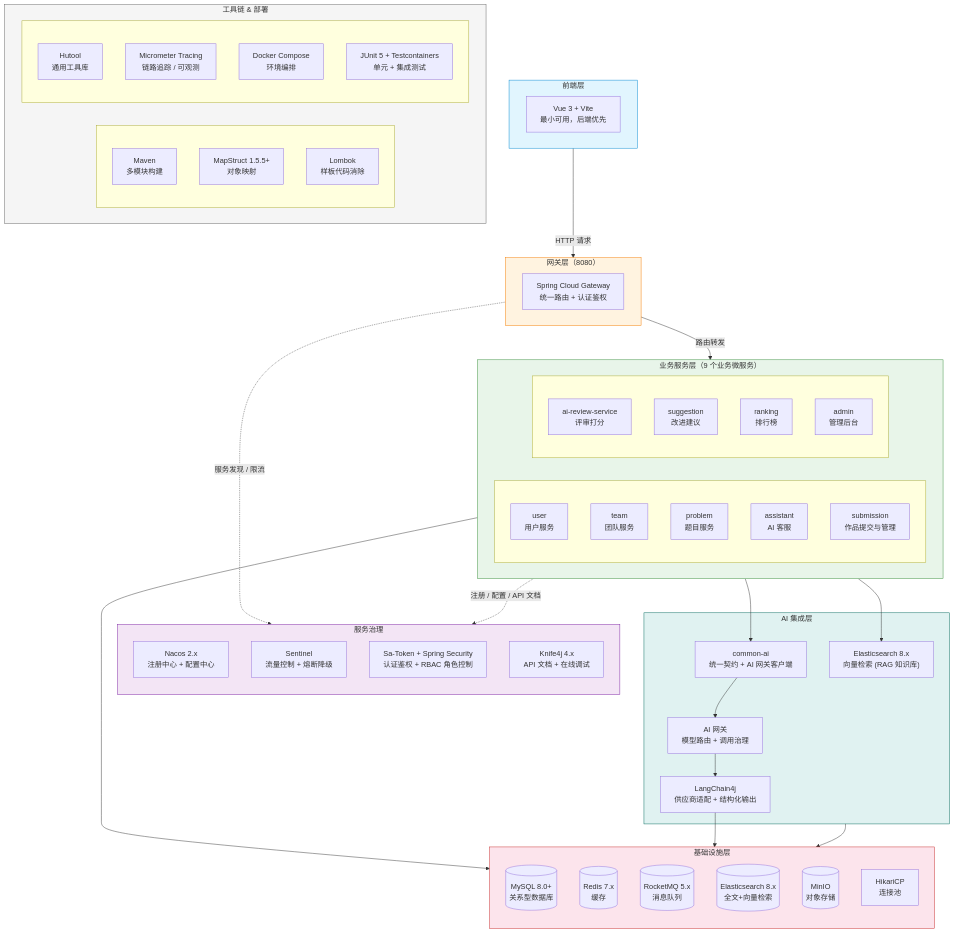
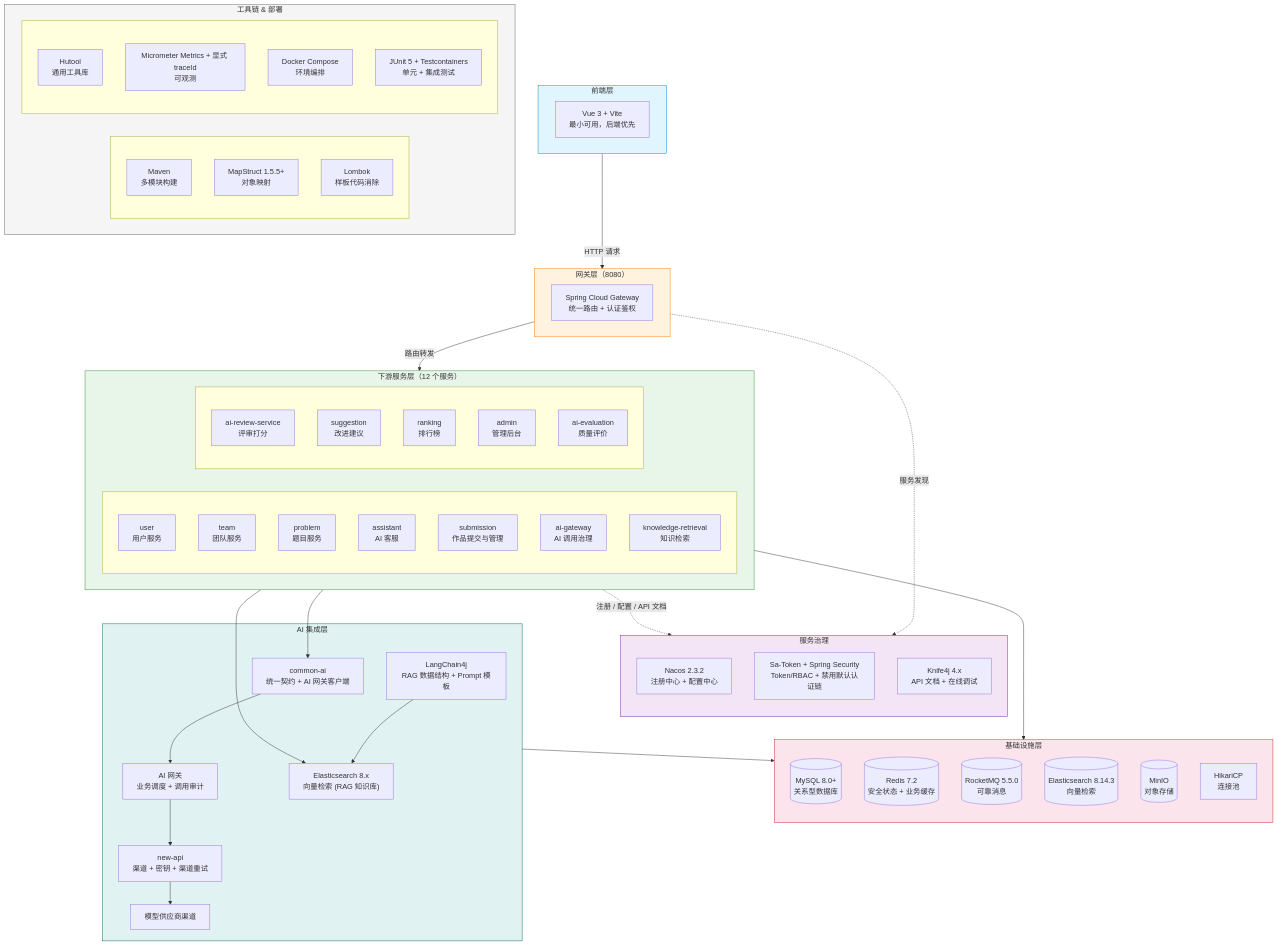
The diagram in docs/project/02-架构设计/技术栈选型.md (Dorian7Alden/LeetModel), drawn with Mermaid before and after one commit. The commit also changed other lines of this file and 31 other files, not shown here.

```diff
--- a/docs/project/02-架构设计/技术栈选型.md
+++ b/docs/project/02-架构设计/技术栈选型.md
@@ -19,13 +20,12 @@
 
     subgraph Governance["服务治理"]
         direction TB
-        NACOS["Nacos 2.x<br/>注册中心 + 配置中心"]
-        SENTINEL["Sentinel<br/>流量控制 + 熔断降级"]
-        AUTH["Sa-Token + Spring Security<br/>认证鉴权 + RBAC 角色控制"]
+        NACOS["Nacos 2.3.2<br/>注册中心 + 配置中心"]
+        AUTH["Sa-Token + Spring Security<br/>Token/RBAC + 禁用默认认证链"]
         DOCS["Knife4j 4.x<br/>API 文档 + 在线调试"]
     end
 
-    subgraph Services["业务服务层（9 个业务微服务）"]
+    subgraph Services["下游服务层（12 个服务）"]
         
         subgraph Services1["&nbsp;"]
             USER["user<br/>用户服务"]
@@ -33,6 +33,8 @@
             PROBLEM["problem<br/>题目服务"]
             ASSISTANT["assistant<br/>AI 客服"]
             SUBMISSION["submission<br/>作品提交与管理"]
+            AI_GATEWAY_SERVICE["ai-gateway<br/>AI 调用治理"]
+            RETRIEVAL["knowledge-retrieval<br/>知识检索"]
         end
         
         subgraph Services2["&nbsp;"]
@@ -40,6 +42,7 @@
             SUGGESTION["suggestion<br/>改进建议"]
             RANKING["ranking<br/>排行榜"]
             ADMIN["admin<br/>管理后台"]
+            EVALUATION["ai-evaluation<br/>质量评价"]
         end
 
     end
@@ -48,18 +51,20 @@
         direction TB
         
         MYSQL[("MySQL 8.0+<br/>关系型数据库")]
-        REDIS[("Redis 7.x<br/>缓存")]
-        MQ[("RocketMQ 5.x<br/>消息队列")]
+        REDIS[("Redis 7.2<br/>安全状态 + 业务缓存")]
+        MQ[("RocketMQ 5.5.0<br/>可靠消息")]
     
-        ES[("Elasticsearch 8.x<br/>全文+向量检索")]
+        ES[("Elasticsearch 8.14.3<br/>向量检索")]
         MINIO[("MinIO<br/>对象存储")]
         HIKARI["HikariCP<br/>连接池"]
     end
 
     subgraph AI["AI 集成层"]
         COMMON_AI["common-ai<br/>统一契约 + AI 网关客户端"]
-        AI_GATEWAY["AI 网关<br/>模型路由 + 调用治理"]
-        LC4J["LangChain4j<br/>供应商适配 + 结构化输出"]
+        AI_GATEWAY["AI 网关<br/>业务调度 + 调用审计"]
+        NEW_API["new-api<br/>渠道 + 密钥 + 渠道重试"]
+        PROVIDER["模型供应商渠道"]
+        LC4J["LangChain4j<br/>RAG 数据结构 + Prompt 模板"]
         ES_AI["Elasticsearch 8.x<br/>向量检索 (RAG 知识库)"]
     end
 
@@ -74,7 +79,7 @@
 
         subgraph Toolchain2["&nbsp;"]
             HUTOOL["Hutool<br/>通用工具库"]
-            MICROMETER["Micrometer Tracing<br/>链路追踪 / 可观测"]
+            MICROMETER["Micrometer Metrics + 显式 traceId<br/>可观测"]
             DOCKER["Docker Compose<br/>环境编排"]
             TEST["JUnit 5 + Testcontainers<br/>单元 + 集成测试"]
         end
@@ -83,13 +88,13 @@
 
     Frontend -->|HTTP 请求| Gateway
     Gateway -->|路由转发| Services
-    Gateway -.->|服务发现 / 限流| Governance
+    Gateway -.->|服务发现| Governance
     Services -.->|注册 / 配置 / API 文档| Governance
     Services --> Infra
     Services --> COMMON_AI
     COMMON_AI --> AI_GATEWAY
-    AI_GATEWAY --> LC4J
-    LC4J --> Infra
+    AI_GATEWAY --> NEW_API --> PROVIDER
+    LC4J --> ES_AI
     Services --> ES_AI
     AI --> Infra
 
```
